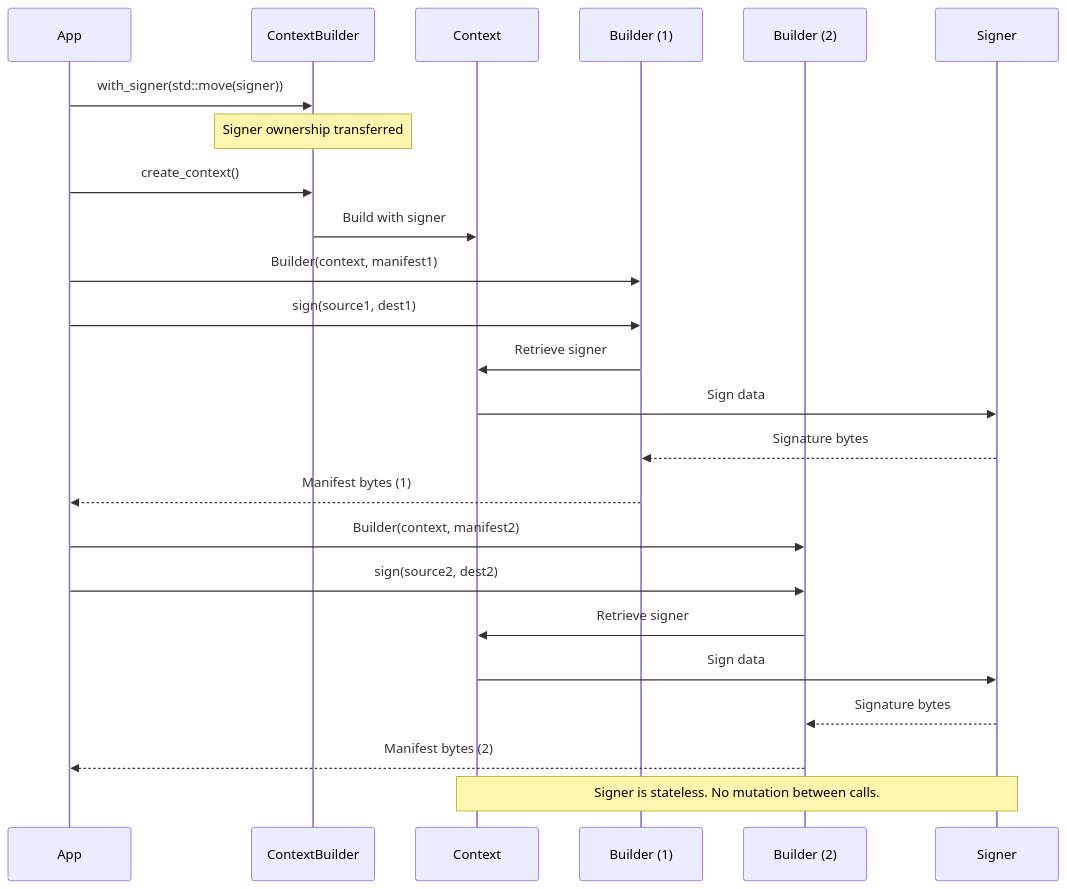
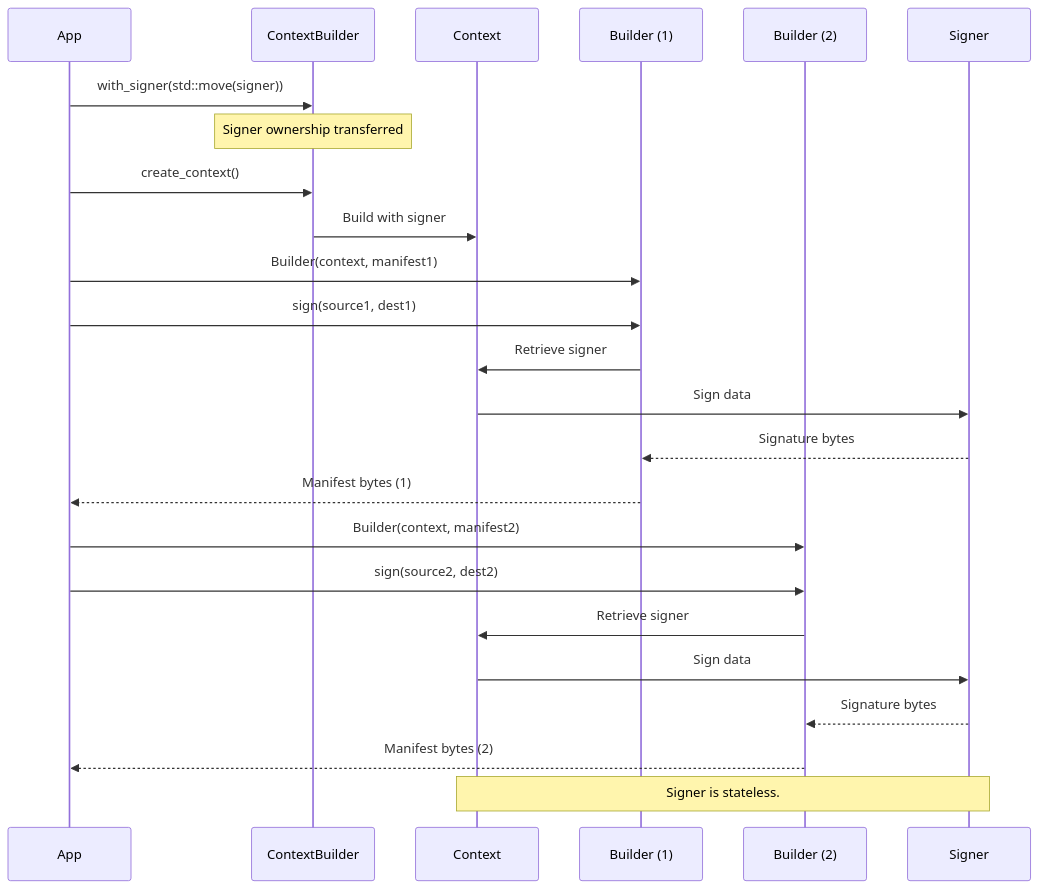
One commit to contentauth/c2pa-c changed the second of 2 diagrams in docs/context.md. Above: the diagram before and after it, drawn with Mermaid. The commit also changed other lines of this file, not shown here.

````diff
--- a/docs/context.md
+++ b/docs/context.md
@@ -566,30 +566,30 @@
 ```mermaid
 sequenceDiagram
     participant App
     participant ContextBuilder
     participant Context
     participant Builder1 as Builder (1)
     participant Builder2 as Builder (2)
     participant Signer
 
     App->>ContextBuilder: with_signer(std::move(signer))
     Note over ContextBuilder: Signer ownership transferred
     App->>ContextBuilder: create_context()
     ContextBuilder->>Context: Build with signer
 
     App->>Builder1: Builder(context, manifest1)
     App->>Builder1: sign(source1, dest1)
     Builder1->>Context: Retrieve signer
     Context->>Signer: Sign data
     Signer-->>Builder1: Signature bytes
     Builder1-->>App: Manifest bytes (1)
 
     App->>Builder2: Builder(context, manifest2)
     App->>Builder2: sign(source2, dest2)
     Builder2->>Context: Retrieve signer
     Context->>Signer: Sign data
     Signer-->>Builder2: Signature bytes
     Builder2-->>App: Manifest bytes (2)
 
-    Note over Context,Signer: Signer is stateless. No mutation between calls.
+    Note over Context,Signer: Signer is stateless.
 ```
````
